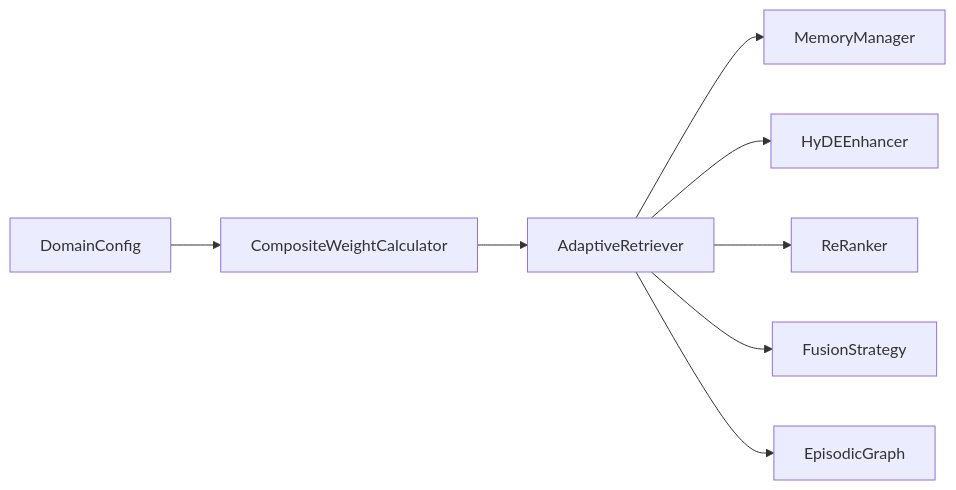
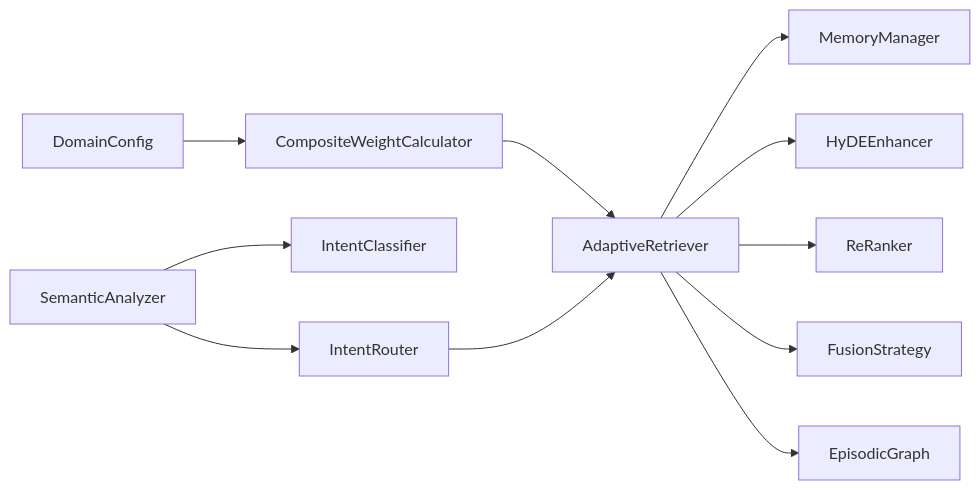
Before and after one commit to JieGaoPrinceton/NecoRAG: diagram 12 of 12 in .qoder/repowiki/zh/content/智能检索系统/智能检索系统.md, drawn with Mermaid. The commit also changed other lines of this file and 15 other files, not shown here.

````diff
--- a/.qoder/repowiki/zh/content/智能检索系统/智能检索系统.md
+++ b/.qoder/repowiki/zh/content/智能检索系统/智能检索系统.md
@@ -355,10 +485,13 @@
 ```mermaid
 graph LR
 AR["AdaptiveRetriever"] --> MM["MemoryManager"]
 AR --> HY["HyDEEnhancer"]
 AR --> RR["ReRanker"]
 AR --> FS["FusionStrategy"]
 AR --> EG["EpisodicGraph"]
 WCC["CompositeWeightCalculator"] --> AR
 DC["DomainConfig"] --> WCC
+SA["SemanticAnalyzer"] --> IC["IntentClassifier"]
+SA --> IR["IntentRouter"]
+IR --> AR
 ```
````
